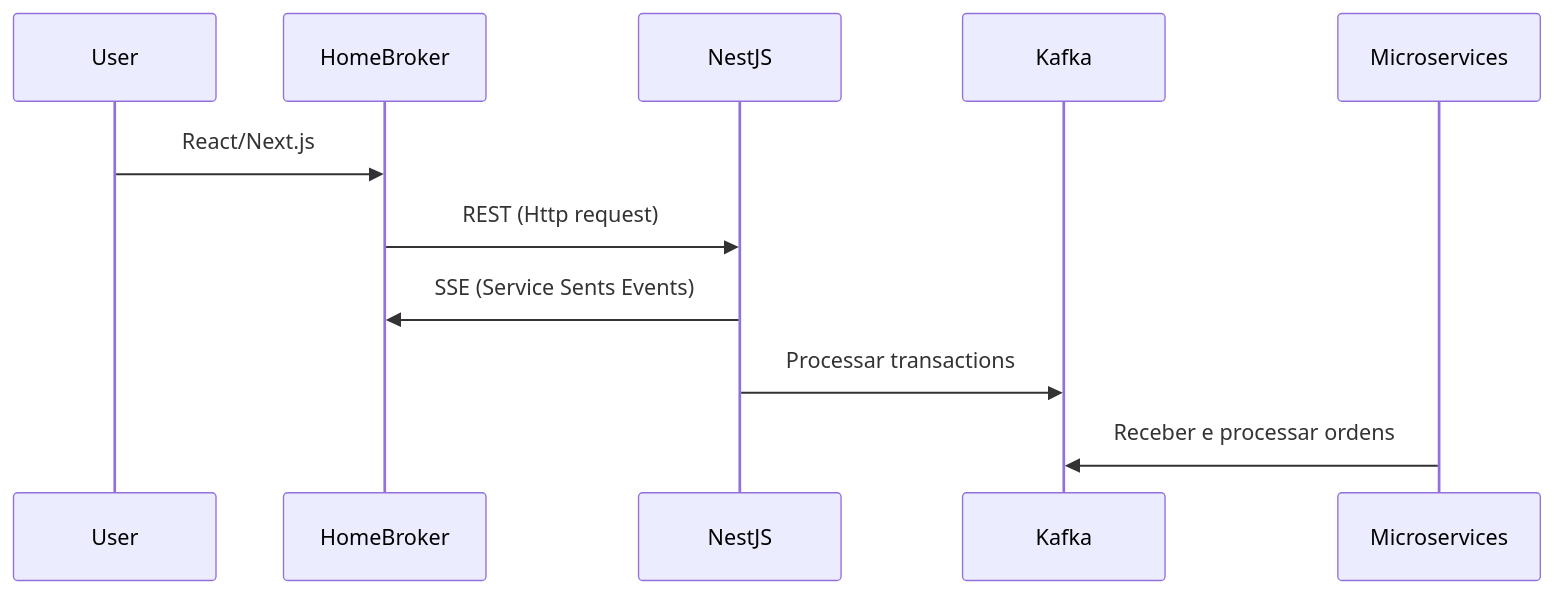
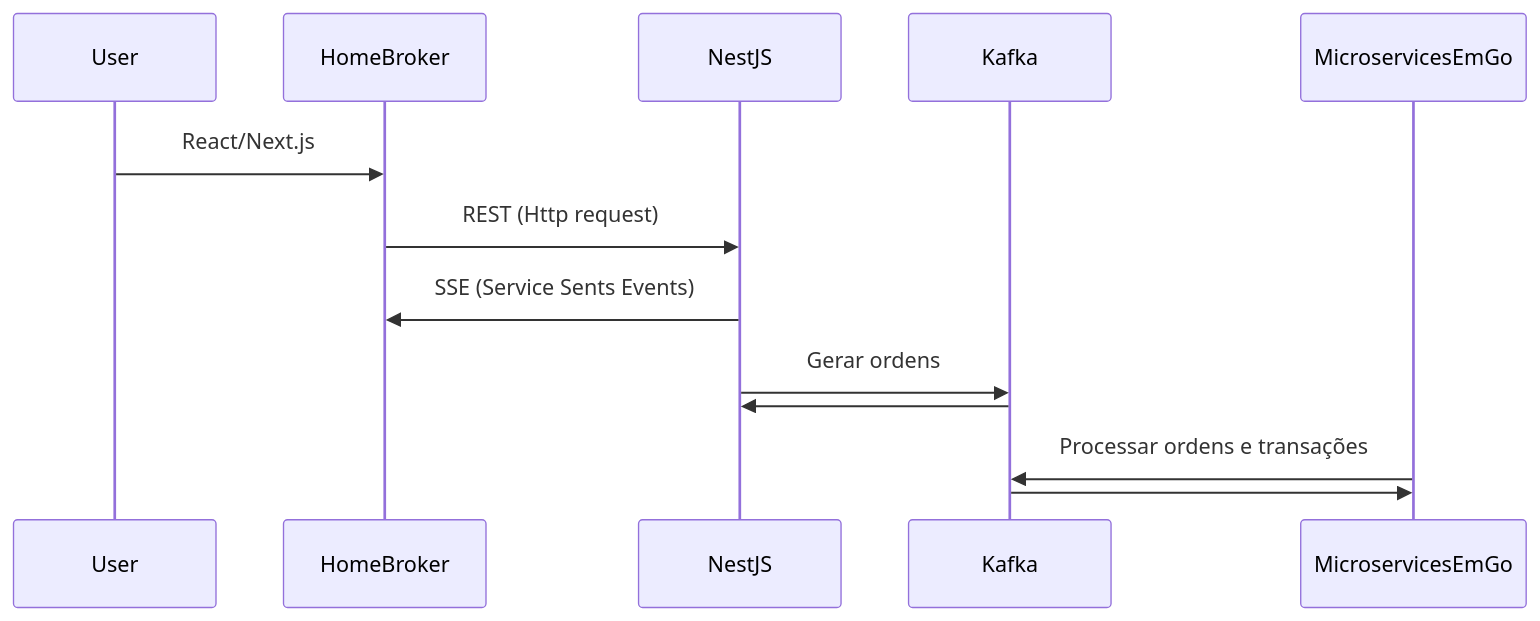
One commit to freitas-miranda/imersao-fullcycle changed the diagram in README.md. Above: the diagram before and after it, drawn with Mermaid. The commit also changed other lines of this file and 45 other files, not shown here.

````diff
--- a/README.md
+++ b/README.md
@@ -12,13 +13,16 @@
 ```mermaid
 sequenceDiagram
     participant User
     participant HomeBroker
     participant NestJS
     participant Kafka
-    participant Microservices
+    participant MicroservicesEmGo
     User->>HomeBroker: React/Next.js
     HomeBroker->>NestJS: REST (Http request)
     NestJS->>HomeBroker: SSE (Service Sents Events)
-    NestJS->>Kafka: Processar transactions
-    Microservices->>Kafka: Receber e processar ordens
+    NestJS->>Kafka: Gerar ordens
+    Kafka->>NestJS: 
+    MicroservicesEmGo->>Kafka: Processar ordens e transações
+    Kafka->>MicroservicesEmGo: 
+
 ```
````
